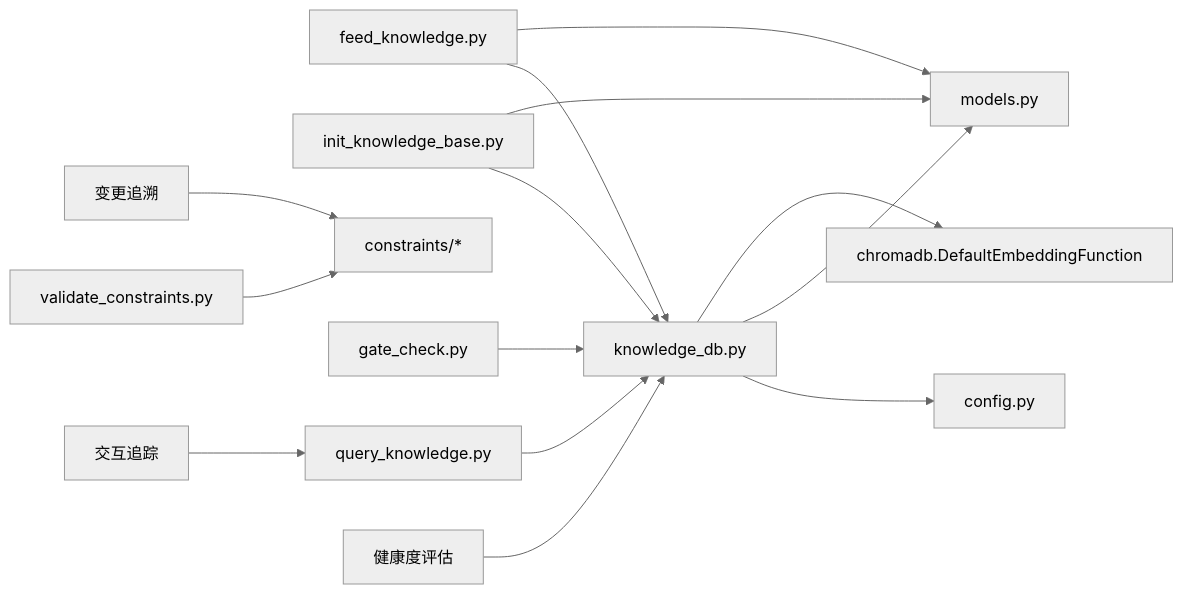
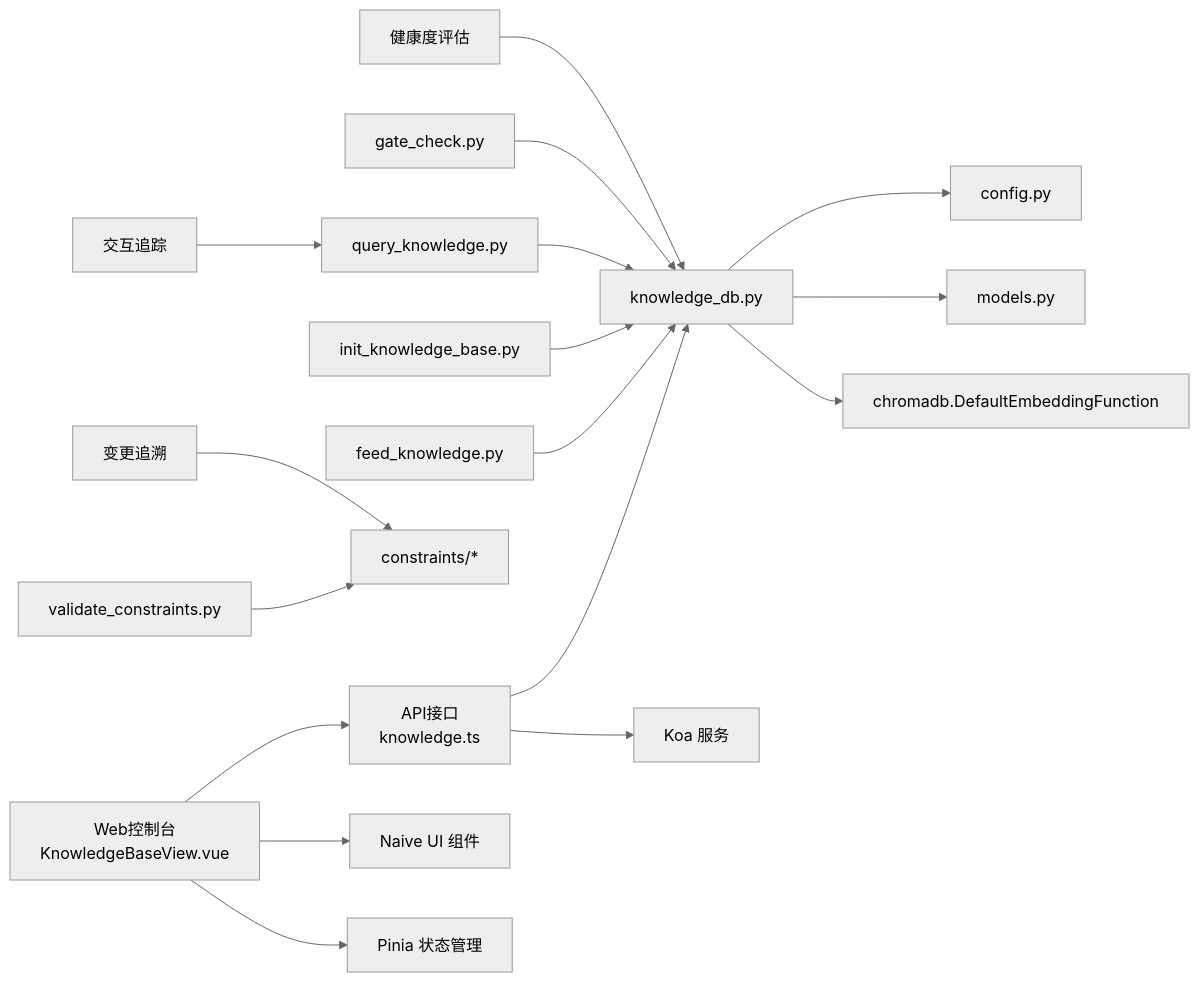
One commit to afcartevil/automated-test-script changed diagram 13 of 13 in .qoder/repowiki/zh/content/知识库管理系统/知识库管理系统.md. Above: the diagram before and after it, drawn with Mermaid (neutral theme). The commit also changed other lines of this file and 650 other files, not shown here.

````diff
--- a/.qoder/repowiki/zh/content/知识库管理系统/知识库管理系统.md
+++ b/.qoder/repowiki/zh/content/知识库管理系统/知识库管理系统.md
@@ -542,16 +761,19 @@
 ```mermaid
 graph LR
-FEED["feed_knowledge.py"] --> KDB["knowledge_db.py"]
+WEB["Web控制台<br/>KnowledgeBaseView.vue"] --> API["API接口<br/>knowledge.ts"]
+API --> KDB["knowledge_db.py"]
+FEED["feed_knowledge.py"] --> KDB
 INIT["init_knowledge_base.py"] --> KDB
 QUERY["query_knowledge.py"] --> KDB
 GATE["gate_check.py"] --> KDB
 VALIDATE["validate_constraints.py"] --> CONS["constraints/*"]
 HEALTH["健康度评估"] --> KDB
 TRACE["交互追踪"] --> QUERY
 HOOK["变更追溯"] --> CONS
 KDB --> CFG["config.py"]
 KDB --> MODELS["models.py"]
 KDB --> CHROMA["chromadb.DefaultEmbeddingFunction"]
-FEED --> MODELS
-INIT --> MODELS
+WEB --> NAIVEUI["Naive UI 组件"]
+WEB --> PINIA["Pinia 状态管理"]
+API --> KOA["Koa 服务"]
 ```
````
